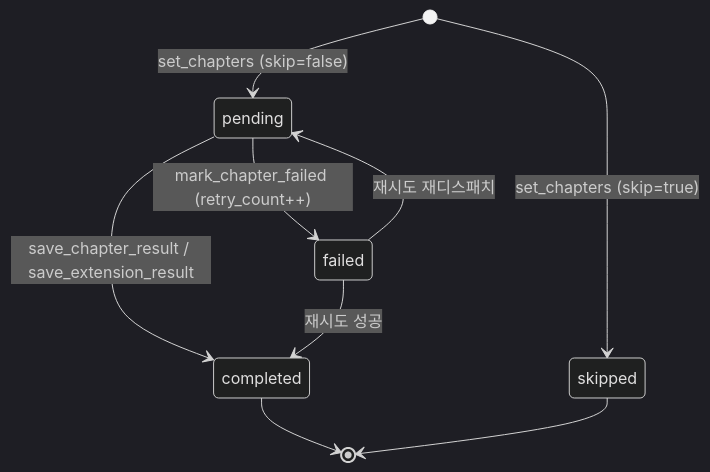
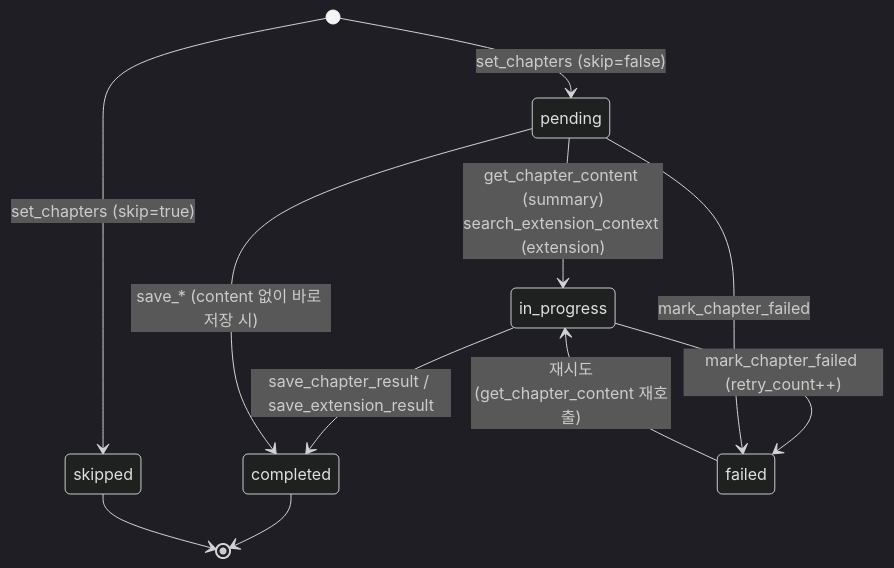
One commit to lsh2613/pdf-study changed the fifth of 6 diagrams in docs/flow.md. Above: the diagram before and after it, drawn with Mermaid (dark theme). The commit also changed other lines of this file and 12 other files, not shown here.

First line of the commit message:
feat(server): 챕터 저장 필수값 검증 + in_progress 마킹 + extension_quiz 리네임

````diff
--- a/docs/flow.md
+++ b/docs/flow.md
@@ -426,11 +432,13 @@
 ```mermaid
 stateDiagram-v2
     [*] --> pending: set_chapters (skip=false)
     [*] --> skipped: set_chapters (skip=true)
-    pending --> completed: save_chapter_result / save_extension_result
-    pending --> failed: mark_chapter_failed (retry_count++)
-    failed --> completed: 재시도 성공
-    failed --> pending: 재시도 재디스패치
+    pending --> in_progress: get_chapter_content (summary)<br/>search_extension_context (extension)
+    in_progress --> completed: save_chapter_result / save_extension_result
+    in_progress --> failed: mark_chapter_failed (retry_count++)
+    pending --> completed: save_* (content 없이 바로 저장 시)
+    pending --> failed: mark_chapter_failed
+    failed --> in_progress: 재시도(get_chapter_content 재호출)
     completed --> [*]
     skipped --> [*]
 ```
````
